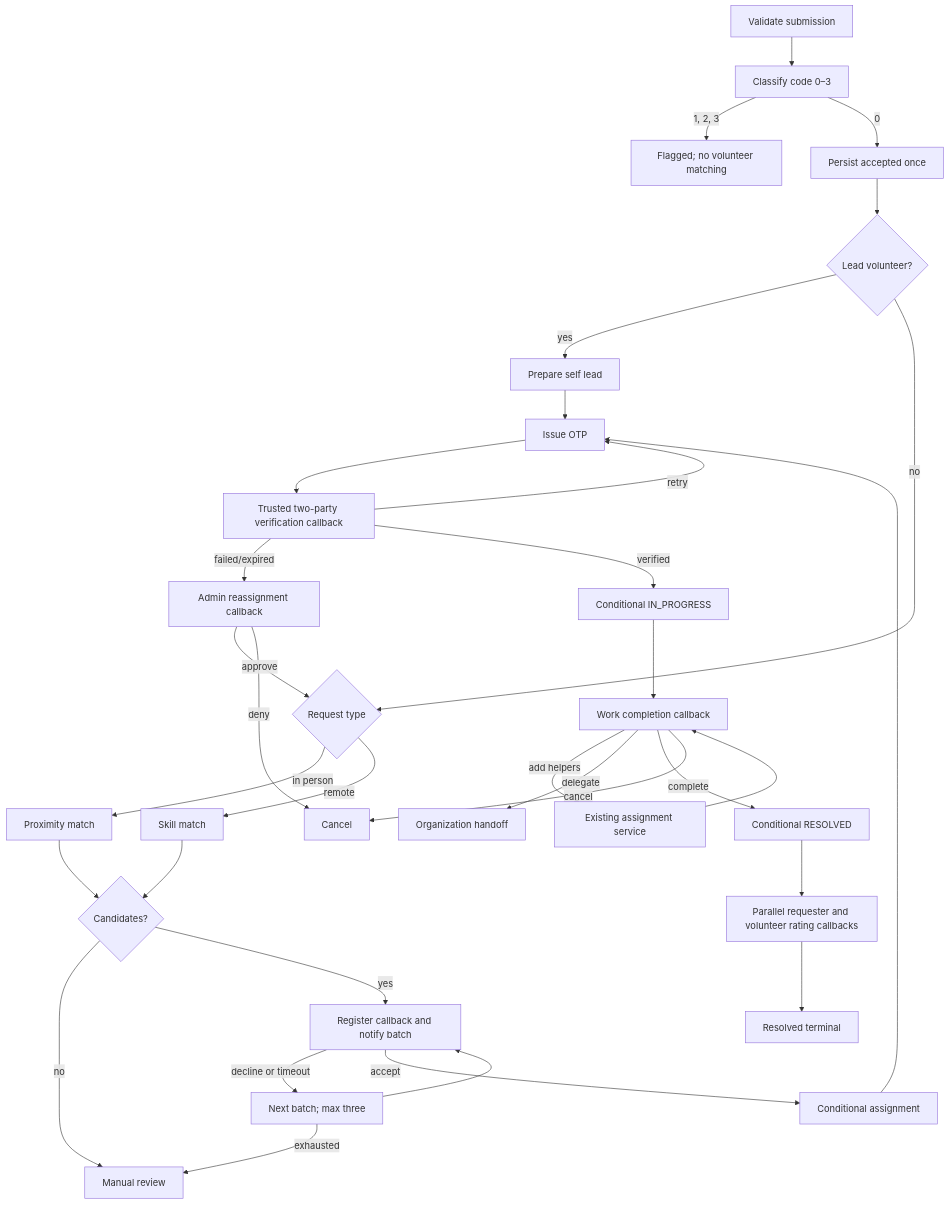
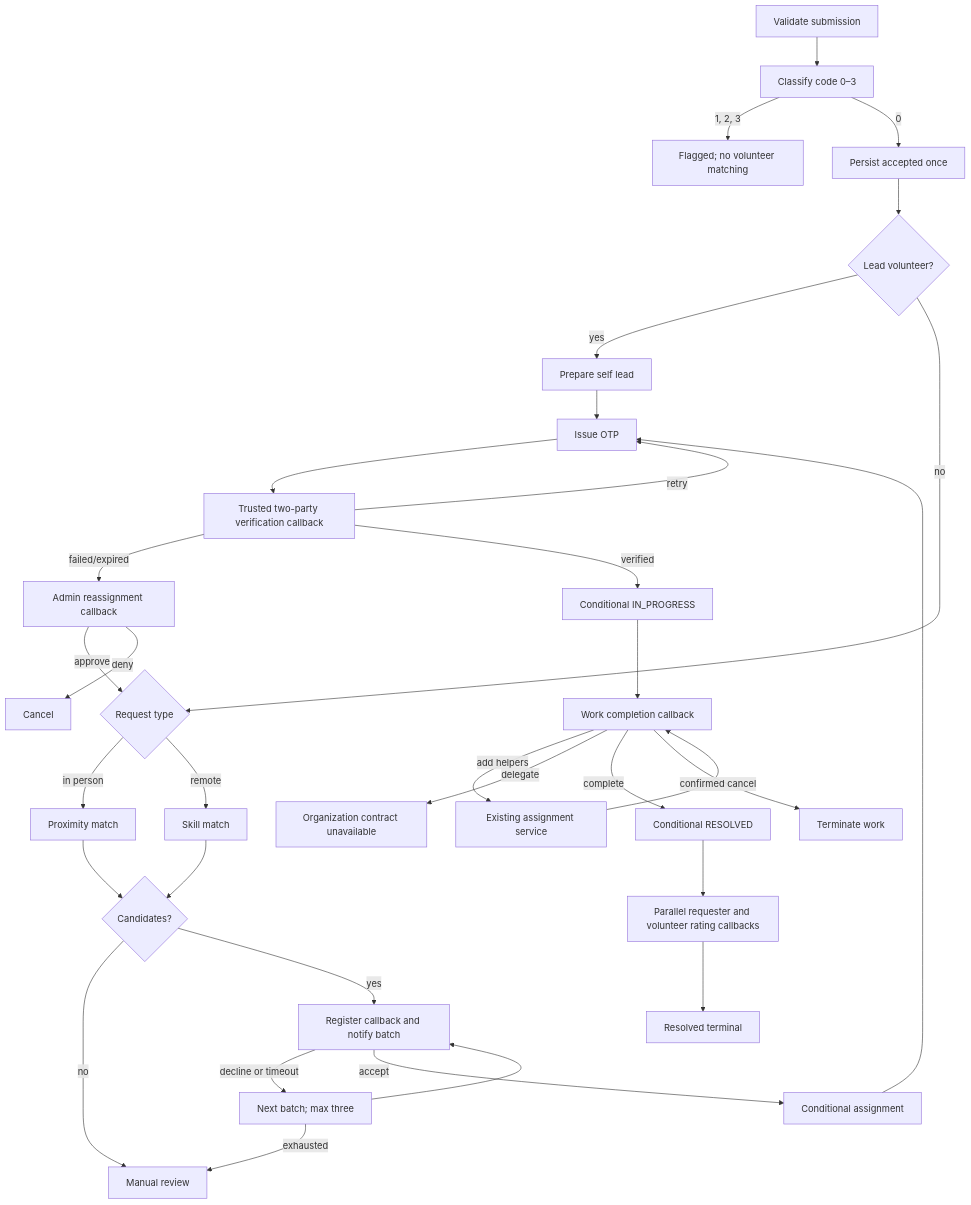
Before and after one commit to saayam-for-all/request: the second of 2 diagrams in docs/step-functions/README.md, drawn with Mermaid. The commit also changed other lines of this file and 26 other files, not shown here.

````diff
--- a/docs/step-functions/README.md
+++ b/docs/step-functions/README.md
@@ -32,35 +32,35 @@
 ```mermaid
 flowchart TD
   A[Validate submission] --> B[Classify code 0–3]
   B -->|1, 2, 3| F[Flagged; no volunteer matching]
   B -->|0| P[Persist accepted once]
   P --> L{Lead volunteer?}
   L -->|yes| O[Prepare self lead]
   L -->|no| T{Request type}
   T -->|in person| N[Proximity match]
   T -->|remote| S[Skill match]
   N --> Q{Candidates?}
   S --> Q
   Q -->|no| R[Manual review]
   Q -->|yes| W[Register callback and notify batch]
   W -->|decline or timeout| X[Next batch; max three]
   X --> W
   X -->|exhausted| R
   W -->|accept| C[Conditional assignment]
   O --> V[Issue OTP]
   C --> V
   V --> K[Trusted two-party verification callback]
   K -->|retry| V
   K -->|failed/expired| H[Admin reassignment callback]
   H -->|approve| T
   H -->|deny| Z[Cancel]
   K -->|verified| I[Conditional IN_PROGRESS]
   I --> U[Work completion callback]
   U -->|add helpers| J[Existing assignment service]
   J --> U
-  U -->|delegate| D[Organization handoff]
+  U -->|delegate| D[Organization contract unavailable]
   U -->|complete| E[Conditional RESOLVED]
-  U -->|cancel| Z
+  U -->|confirmed cancel| CT[Terminate work]
   E --> Y[Parallel requester and volunteer rating callbacks]
   Y --> End[Resolved terminal]
 ```
````
